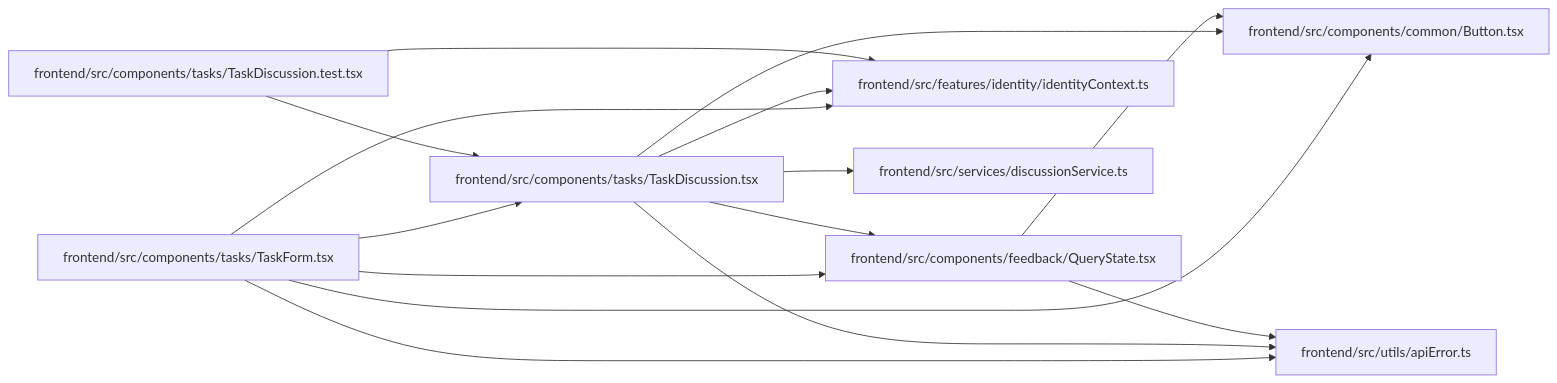
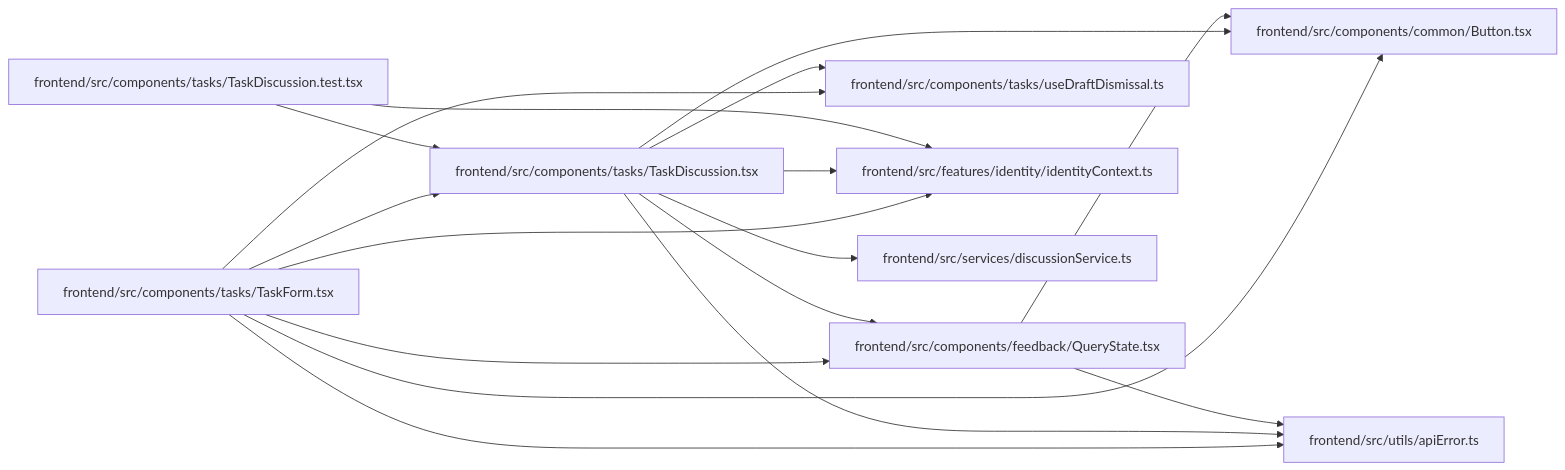
Before and after one commit to Denissvgn/WorkChord: the diagram in docs/llm_wiki/modules/TaskDiscussion.md, drawn with Mermaid. The commit also changed other lines of this file and 377 other files, not shown here.

````diff
--- a/docs/llm_wiki/modules/TaskDiscussion.md
+++ b/docs/llm_wiki/modules/TaskDiscussion.md
@@ -31,33 +34,37 @@
 ```mermaid
 flowchart LR
     n0["frontend/src/components/common/Button.tsx"]
     n1["frontend/src/components/feedback/QueryState.tsx"]
     n2["frontend/src/components/tasks/TaskDiscussion.test.tsx"]
     n3["frontend/src/components/tasks/TaskDiscussion.tsx"]
     n4["frontend/src/components/tasks/TaskForm.tsx"]
-    n5["frontend/src/features/identity/identityContext.ts"]
-    n6["frontend/src/services/discussionService.ts"]
-    n7["frontend/src/utils/apiError.ts"]
+    n5["frontend/src/components/tasks/useDraftDismissal.ts"]
+    n6["frontend/src/features/identity/identityContext.ts"]
+    n7["frontend/src/services/discussionService.ts"]
+    n8["frontend/src/utils/apiError.ts"]
     n1 --> n0
-    n1 --> n7
+    n1 --> n8
     n2 --> n3
-    n2 --> n5
+    n2 --> n6
     n3 --> n0
     n3 --> n1
     n3 --> n5
     n3 --> n6
     n3 --> n7
+    n3 --> n8
     n4 --> n0
     n4 --> n1
     n4 --> n3
     n4 --> n5
-    n4 --> n7
+    n4 --> n6
+    n4 --> n8
     click n0 "../modules/Button.md"
     click n1 "../modules/QueryState.md"
     click n2 "../modules/TaskDiscussion.test.md"
     click n3 "../modules/TaskDiscussion.md"
     click n4 "../modules/TaskForm.md"
-    click n5 "../modules/identityContext.md"
-    click n6 "../modules/discussionService.md"
-    click n7 "../modules/apiError.md"
+    click n5 "../modules/useDraftDismissal.md"
+    click n6 "../modules/identityContext.md"
+    click n7 "../modules/discussionService.md"
+    click n8 "../modules/apiError.md"
 ```
````
